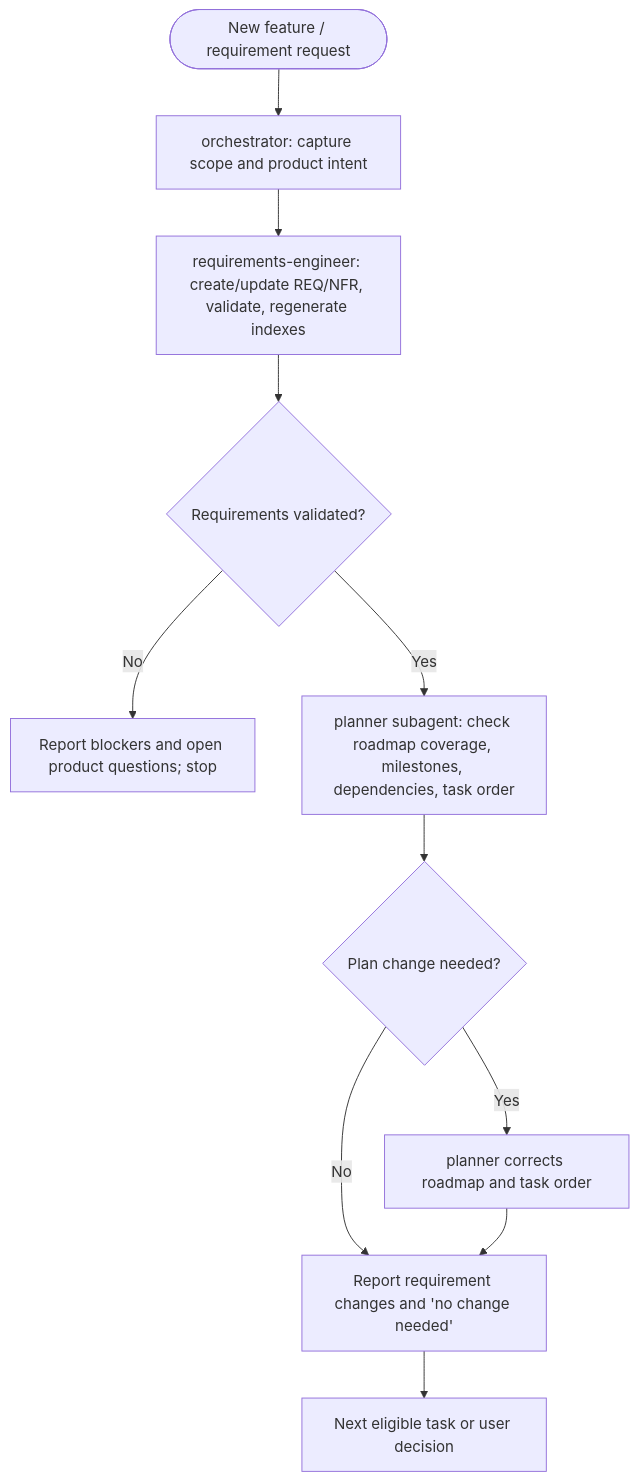
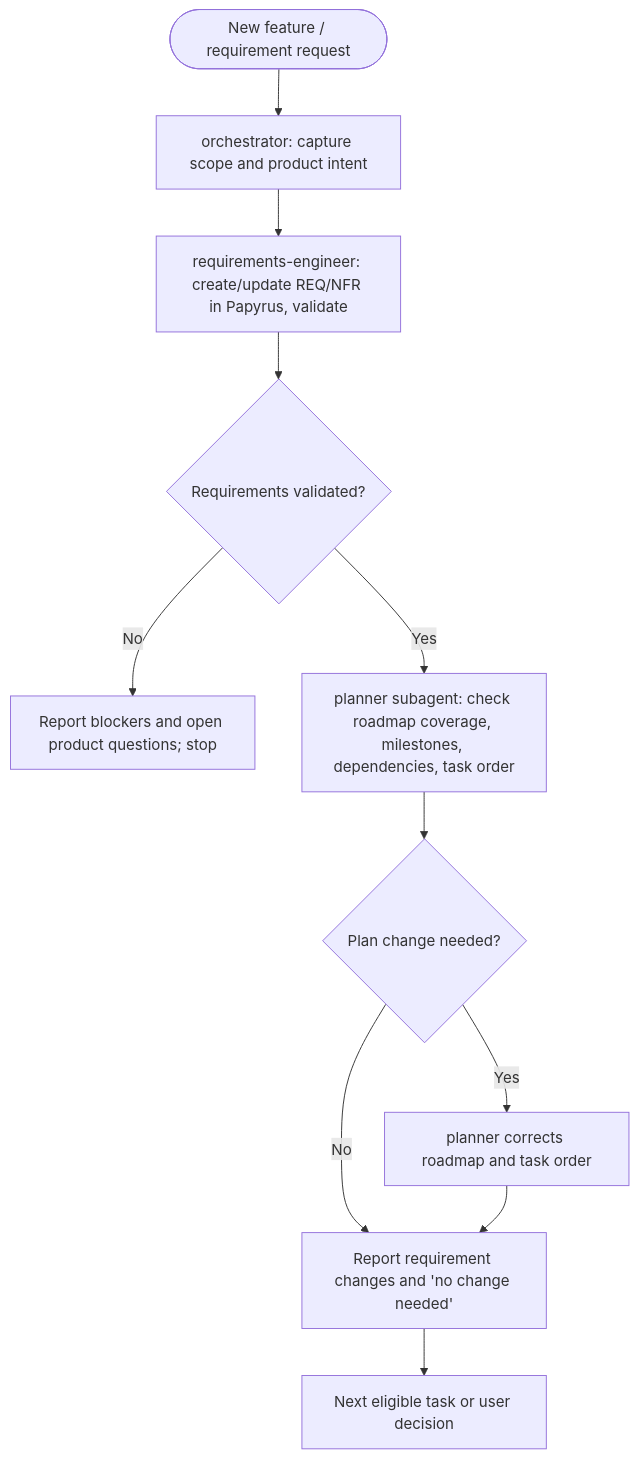
Before and after one commit to lyndametref/opencode-dev-workflow: the second of 5 diagrams in workflows/orchestrator/README.md, drawn with Mermaid. The commit also changed other lines of this file and 65 other files, not shown here.

````diff
--- a/workflows/orchestrator/README.md
+++ b/workflows/orchestrator/README.md
@@ -55,13 +58,13 @@
 ```mermaid
 flowchart TD
     REQ([New feature / requirement request]) --> CAPTURE["orchestrator: capture scope and product intent"]
-    CAPTURE --> ENGINEER["requirements-engineer: create/update REQ/NFR, validate, regenerate indexes"]
+    CAPTURE --> ENGINEER["requirements-engineer: create/update REQ/NFR in Papyrus, validate"]
     ENGINEER --> STATUS{"Requirements validated?"}
     STATUS -->|"No"| BLOCK["Report blockers and open product questions; stop"]
     STATUS -->|"Yes"| PLAN["planner subagent: check roadmap coverage, milestones, dependencies, task order"]
     PLAN --> CHANGE{"Plan change needed?"}
     CHANGE -->|"No"| REPORT["Report requirement changes and 'no change needed'"]
     CHANGE -->|"Yes"| CORRECT["planner corrects roadmap and task order"]
     CORRECT --> REPORT
     REPORT --> NEXT["Next eligible task or user decision"]
 ```
````
